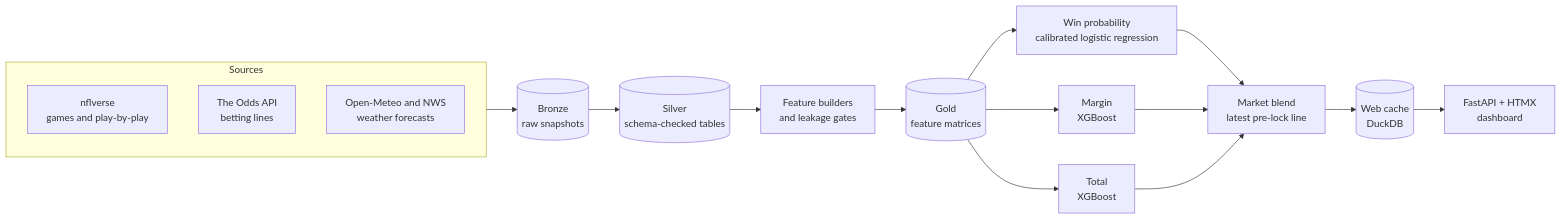
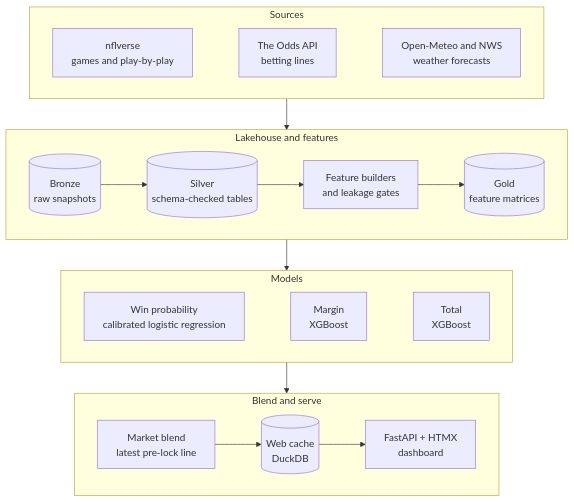
Before and after one commit to jackc625/nfl-predict: the diagram in README.md, drawn with Mermaid.

Commit message:
docs(facelift): stack the README architecture diagram in four rows so GitHub renders it legibly
The left-to-right flowchart rendered about 2000px wide and GitHub shrank it until the labels were unreadable. Same nodes and flow, grouped into Sources / Lakehouse and features / Models / Blend and serve, previewed at README width before committing.

Claude-Session: https://claude.ai/code/session_01XGXaQ4mmgm9kTabYWKmti7

````diff
--- a/README.md
+++ b/README.md
@@ -65,20 +65,26 @@
 ```mermaid
-flowchart LR
+flowchart TB
     subgraph sources [Sources]
+        direction LR
         A[nflverse<br/>games and play-by-play]
         B[The Odds API<br/>betting lines]
         C[Open-Meteo and NWS<br/>weather forecasts]
+        A ~~~ B ~~~ C
     end
-    sources --> D[(Bronze<br/>raw snapshots)]
-    D --> E[(Silver<br/>schema-checked tables)]
-    E --> F[Feature builders<br/>and leakage gates]
-    F --> G[(Gold<br/>feature matrices)]
-    G --> H[Win probability<br/>calibrated logistic regression]
-    G --> I[Margin<br/>XGBoost]
-    G --> J[Total<br/>XGBoost]
-    H --> K[Market blend<br/>latest pre-lock line]
-    I --> K
-    J --> K
-    K --> L[(Web cache<br/>DuckDB)]
-    L --> M[FastAPI + HTMX<br/>dashboard]
+    subgraph lake [Lakehouse and features]
+        direction LR
+        D[(Bronze<br/>raw snapshots)] --> E[(Silver<br/>schema-checked tables)] --> F[Feature builders<br/>and leakage gates] --> G[(Gold<br/>feature matrices)]
+    end
+    subgraph models [Models]
+        direction LR
+        H[Win probability<br/>calibrated logistic regression]
+        I[Margin<br/>XGBoost]
+        J[Total<br/>XGBoost]
+        H ~~~ I ~~~ J
+    end
+    subgraph serve [Blend and serve]
+        direction LR
+        K[Market blend<br/>latest pre-lock line] --> L[(Web cache<br/>DuckDB)] --> M[FastAPI + HTMX<br/>dashboard]
+    end
+    sources --> lake --> models --> serve
 ```
````
